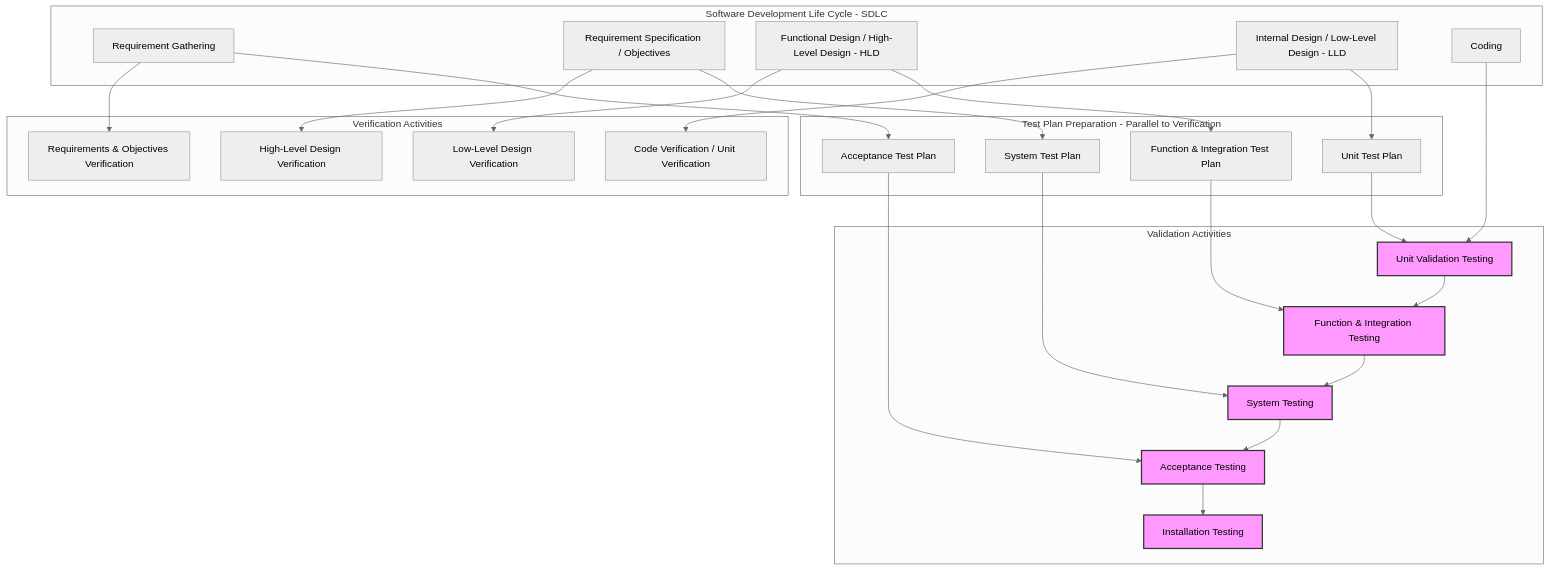
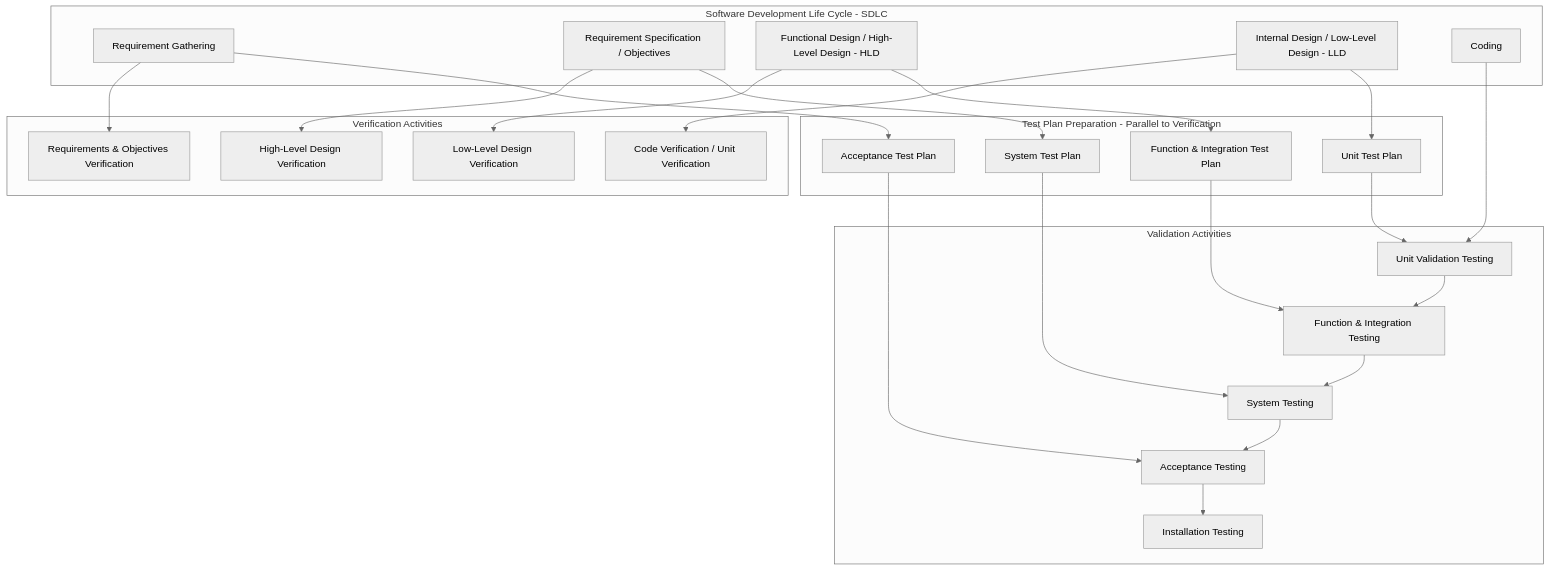
One commit to roroRathod/Sem7 changed the first of 3 diagrams in STQA/Mod 1.3 - Validation, Unit Testing, Integration Testing, Function Testing, System Testing, Acceptance Testing.md. Above: the diagram before and after it, drawn with Mermaid (neutral theme).

Commit message:
Remove styling for validation nodes
Removed styling for validation nodes in the diagram.

````diff
--- a/STQA/Mod 1.3 - Validation, Unit Testing, Integration Testing, Function Testing, System Testing, Acceptance Testing.md
+++ b/STQA/Mod 1.3 - Validation, Unit Testing, Integration Testing, Function Testing, System Testing, Acceptance Testing.md
@@ -30,46 +30,39 @@
 ```mermaid
 graph TD
     subgraph Software Development Life Cycle - SDLC
         A[Requirement Gathering]
         B[Requirement Specification / Objectives]
         C[Functional Design / High-Level Design - HLD]
         D[Internal Design / Low-Level Design - LLD]
         E[Coding]
     end
 
     subgraph Verification Activities
         A --> B_V[Requirements & Objectives Verification]
         B --> C_V[High-Level Design Verification]
         C --> D_V[Low-Level Design Verification]
         D --> E_V[Code Verification / Unit Verification]
     end
 
     subgraph Test Plan Preparation - Parallel to Verification
         A --> AP[Acceptance Test Plan]
         B --> SP[System Test Plan]
         C --> FP[Function & Integration Test Plan]
         D --> UP[Unit Test Plan]
     end
 
     subgraph Validation Activities
         E --> UT[Unit Validation Testing]
         UT --> INT[Function & Integration Testing]
         INT --> ST[System Testing]
         ST --> ACT[Acceptance Testing]
         ACT --> INST[Installation Testing]
     end
 
-    %% Styling Validation nodes
-    style UT fill:#f9f,stroke:#333,stroke-width:2px
-    style INT fill:#f9f,stroke:#333,stroke-width:2px
-    style ST fill:#f9f,stroke:#333,stroke-width:2px
-    style ACT fill:#f9f,stroke:#333,stroke-width:2px
-    style INST fill:#f9f,stroke:#333,stroke-width:2px
-
     %% Linking Test Plans to Validation
     UP --> UT
     FP --> INT
     SP --> ST
     AP --> ACT
 
 ```
````
